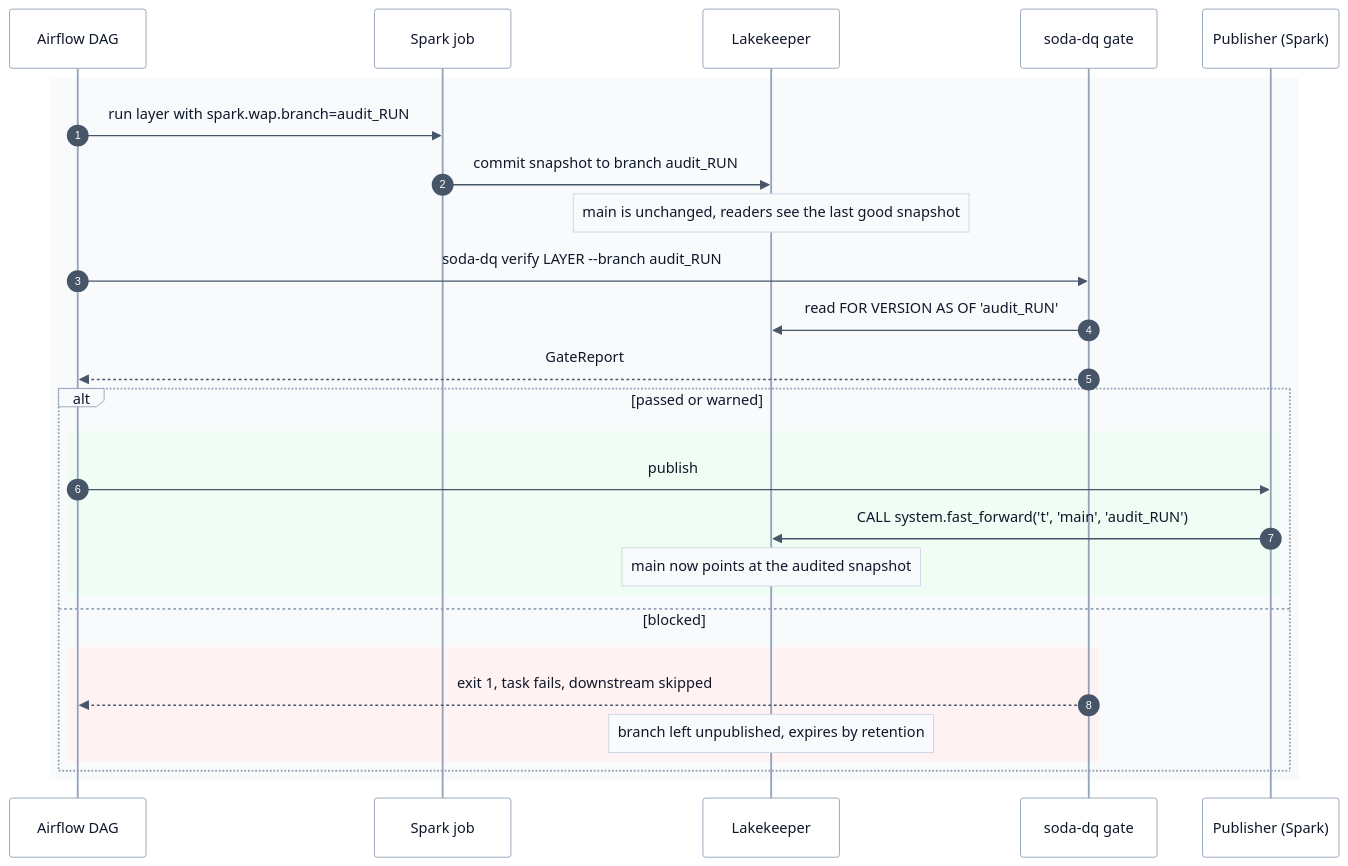
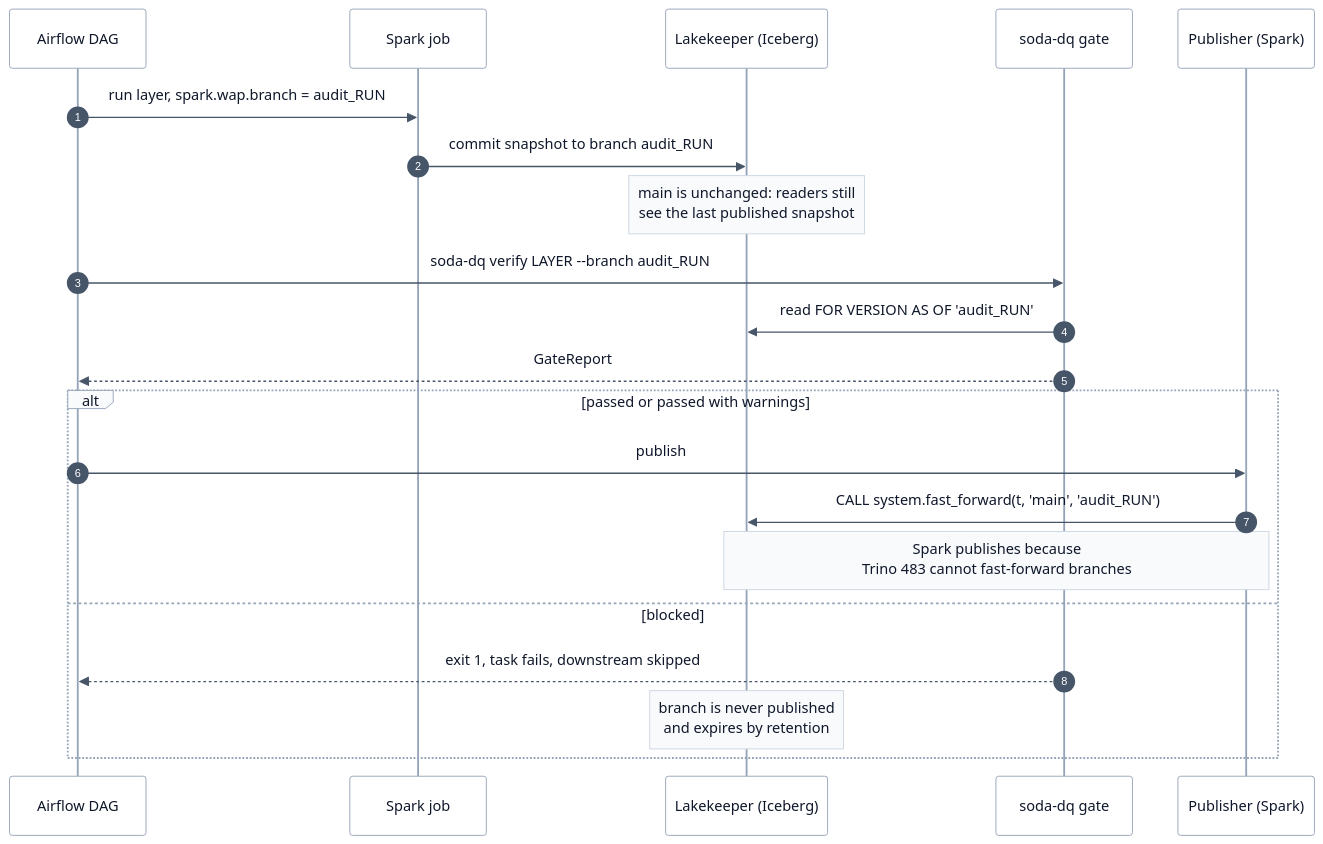
Before and after one commit to santoshshinde2012/lakehouse-quality-gates: the tenth of 10 diagrams in docs/system-design.md, drawn with Mermaid. The commit also changed other lines of this file and 63 other files, not shown here.

First line of the commit message:
docs: restructure documentation and diagrams

````diff
--- a/docs/system-design.md
+++ b/docs/system-design.md
@@ -1055,30 +1201,28 @@
 ```mermaid
 %%{init: {'theme':'base','themeVariables':{'fontFamily':'Inter, system-ui, -apple-system, Segoe UI, Helvetica, Arial, sans-serif','fontSize':'14px','primaryColor':'#ffffff','primaryTextColor':'#0f172a','primaryBorderColor':'#94a3b8','secondaryColor':'#f8fafc','tertiaryColor':'#f8fafc','lineColor':'#64748b','textColor':'#0f172a','clusterBkg':'#f8fafc','clusterBorder':'#cbd5e1','titleColor':'#334155','edgeLabelBackground':'#ffffff','noteBkgColor':'#f8fafc','noteTextColor':'#0f172a','noteBorderColor':'#cbd5e1','actorBkg':'#ffffff','actorBorder':'#94a3b8','actorTextColor':'#0f172a','actorLineColor':'#94a3b8','signalColor':'#475569','signalTextColor':'#0f172a','labelBoxBkgColor':'#f8fafc','labelBoxBorderColor':'#94a3b8','labelTextColor':'#0f172a','loopTextColor':'#0f172a','activationBkgColor':'#eef2ff','activationBorderColor':'#4f46e5','sequenceNumberColor':'#ffffff','classText':'#0f172a','xyChart':{'backgroundColor':'#ffffff','plotColorPalette':'#4f46e5, #d97706, #0d9488','titleColor':'#0f172a','xAxisLabelColor':'#334155','yAxisLabelColor':'#334155','xAxisLineColor':'#94a3b8','yAxisLineColor':'#94a3b8'}}}}%%
+%% Title: Write-audit-publish (proposed)
+%% Purpose: How Iceberg branches would hide a layer until its gate passes
+%% Last updated: 2026-10-13
+%% Theme: docs/diagrams/THEME.md (shared init line above). Edit here, then run: make diagrams
 sequenceDiagram
   autonumber
   participant AF as Airflow DAG
   participant SP as Spark job
-  participant LK as Lakekeeper
+  participant LK as Lakekeeper (Iceberg)
   participant DQ as soda-dq gate
   participant PB as Publisher (Spark)
-  rect rgb(248, 250, 252)
-    AF->>SP: run layer with spark.wap.branch=audit_RUN
-    SP->>LK: commit snapshot to branch audit_RUN
-    Note over LK: main is unchanged, readers see the last good snapshot
-    AF->>DQ: soda-dq verify LAYER --branch audit_RUN
-    DQ->>LK: read FOR VERSION AS OF 'audit_RUN'
-    DQ-->>AF: GateReport
-    alt passed or warned
-      rect rgb(240, 253, 244)
-        AF->>PB: publish
-        PB->>LK: CALL system.fast_forward('t', 'main', 'audit_RUN')
-        Note over LK: main now points at the audited snapshot
-      end
-    else blocked
-      rect rgb(254, 242, 242)
-        DQ-->>AF: exit 1, task fails, downstream skipped
-        Note over LK: branch left unpublished, expires by retention
-      end
-    end
+  AF->>SP: run layer, spark.wap.branch = audit_RUN
+  SP->>LK: commit snapshot to branch audit_RUN
+  Note over LK: main is unchanged: readers still<br/>see the last published snapshot
+  AF->>DQ: soda-dq verify LAYER --branch audit_RUN
+  DQ->>LK: read FOR VERSION AS OF 'audit_RUN'
+  DQ-->>AF: GateReport
+  alt passed or passed with warnings
+    AF->>PB: publish
+    PB->>LK: CALL system.fast_forward(t, 'main', 'audit_RUN')
+    Note over PB,LK: Spark publishes because<br/>Trino 483 cannot fast-forward branches
+  else blocked
+    DQ-->>AF: exit 1, task fails, downstream skipped
+    Note over LK: branch is never published<br/>and expires by retention
   end
 ```
````
